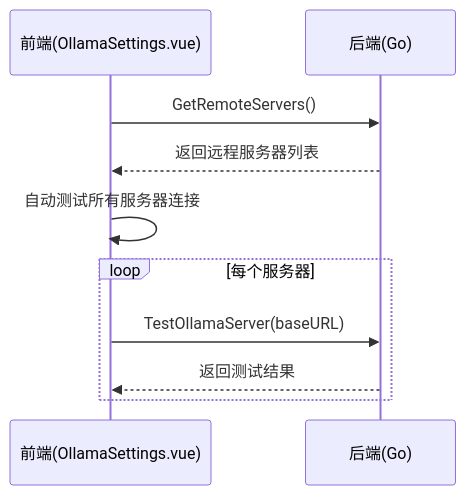
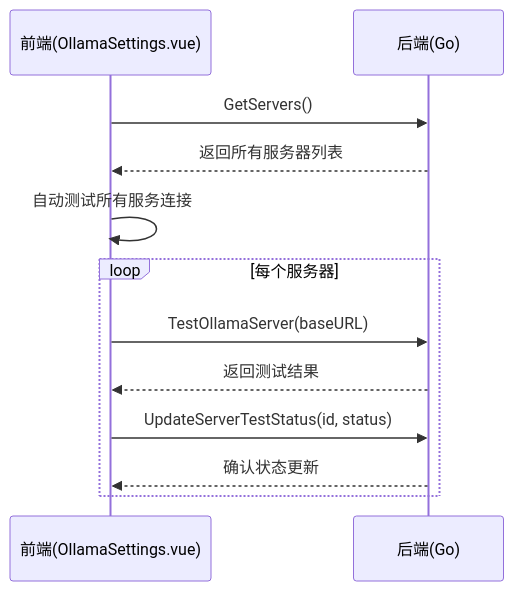
One commit to fzxs8/tools-ollama changed the first of 3 diagrams in docs/设计/ollama_settings/04.API接口.md. Above: the diagram before and after it, drawn with Mermaid. The commit also changed other lines of this file and 8 other files, not shown here.

````diff
--- a/docs/设计/ollama_settings/04.API接口.md
+++ b/docs/设计/ollama_settings/04.API接口.md
@@ -292,14 +95,16 @@
 ```mermaid
 sequenceDiagram
     participant F as 前端(OllamaSettings.vue)
     participant B as 后端(Go)
     
-    F->>B: GetRemoteServers()
-    B-->>F: 返回远程服务器列表
+    F->>B: GetServers()
+    B-->>F: 返回所有服务器列表
     
-    F->>F: 自动测试所有服务器连接
+    F->>F: 自动测试所有服务连接
     loop 每个服务器
         F->>B: TestOllamaServer(baseURL)
         B-->>F: 返回测试结果
+        F->>B: UpdateServerTestStatus(id, status)
+        B-->>F: 确认状态更新
     end
 ```
````
